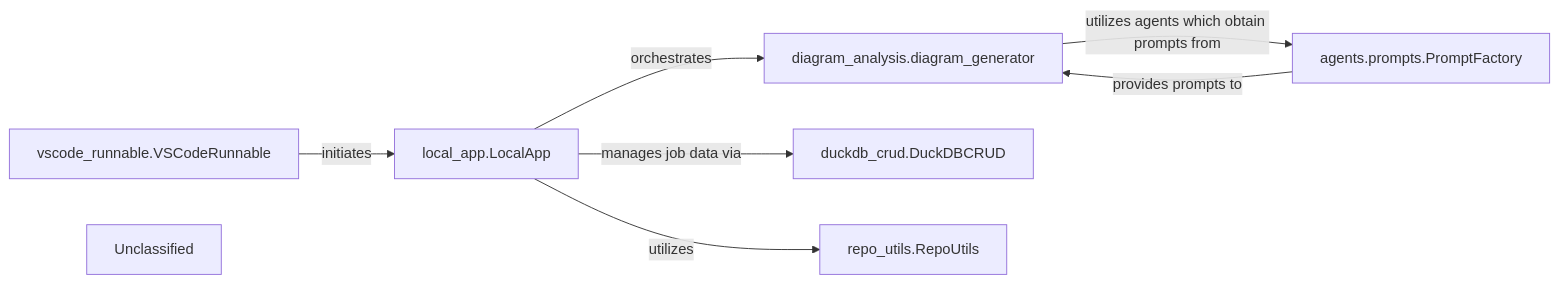
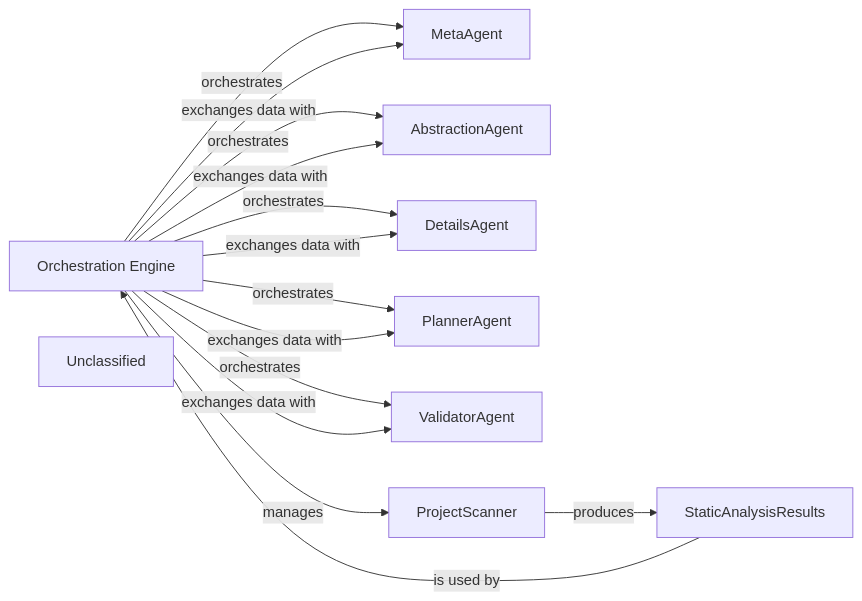
The third of 7 diagrams in docs/development/architecture.md (mariyam866/CodeBoarding), drawn with Mermaid before and after one commit. The commit also changed other lines of this file and 11 other files, not shown here.

First line of the commit message:
docs: update codeboarding documentation and generate architecture

````diff
--- a/docs/development/architecture.md
+++ b/docs/development/architecture.md
@@ -94,17 +201,26 @@
 ```mermaid
 graph LR
-    local_app_LocalApp["local_app.LocalApp"]
-    diagram_analysis_diagram_generator["diagram_analysis.diagram_generator"]
-    agents_prompts_PromptFactory["agents.prompts.PromptFactory"]
-    duckdb_crud_DuckDBCRUD["duckdb_crud.DuckDBCRUD"]
-    repo_utils_RepoUtils["repo_utils.RepoUtils"]
-    vscode_runnable_VSCodeRunnable["vscode_runnable.VSCodeRunnable"]
+    Orchestration_Engine["Orchestration Engine"]
+    MetaAgent["MetaAgent"]
+    AbstractionAgent["AbstractionAgent"]
+    DetailsAgent["DetailsAgent"]
+    PlannerAgent["PlannerAgent"]
+    ValidatorAgent["ValidatorAgent"]
+    ProjectScanner["ProjectScanner"]
+    StaticAnalysisResults["StaticAnalysisResults"]
     Unclassified["Unclassified"]
-    Unclassified["Unclassified"]
-    vscode_runnable_VSCodeRunnable -- "initiates" --> local_app_LocalApp
-    local_app_LocalApp -- "orchestrates" --> diagram_analysis_diagram_generator
-    local_app_LocalApp -- "manages job data via" --> duckdb_crud_DuckDBCRUD
-    local_app_LocalApp -- "utilizes" --> repo_utils_RepoUtils
-    diagram_analysis_diagram_generator -- "utilizes agents which obtain prompts from" --> agents_prompts_PromptFactory
-    agents_prompts_PromptFactory -- "provides prompts to" --> diagram_analysis_diagram_generator
+    Orchestration_Engine -- "orchestrates" --> MetaAgent
+    Orchestration_Engine -- "exchanges data with" --> MetaAgent
+    Orchestration_Engine -- "orchestrates" --> AbstractionAgent
+    Orchestration_Engine -- "exchanges data with" --> AbstractionAgent
+    Orchestration_Engine -- "orchestrates" --> DetailsAgent
+    Orchestration_Engine -- "exchanges data with" --> DetailsAgent
+    Orchestration_Engine -- "orchestrates" --> PlannerAgent
+    Orchestration_Engine -- "exchanges data with" --> PlannerAgent
+    Orchestration_Engine -- "orchestrates" --> ValidatorAgent
+    Orchestration_Engine -- "exchanges data with" --> ValidatorAgent
+    Orchestration_Engine -- "manages" --> ProjectScanner
+    ProjectScanner -- "produces" --> StaticAnalysisResults
+    StaticAnalysisResults -- "is used by" --> Orchestration_Engine
+    click Orchestration_Engine href "https://github.com/CodeBoarding/CodeBoarding/blob/main/.codeboarding/Orchestration_Engine.md" "Details"
 ```
````
